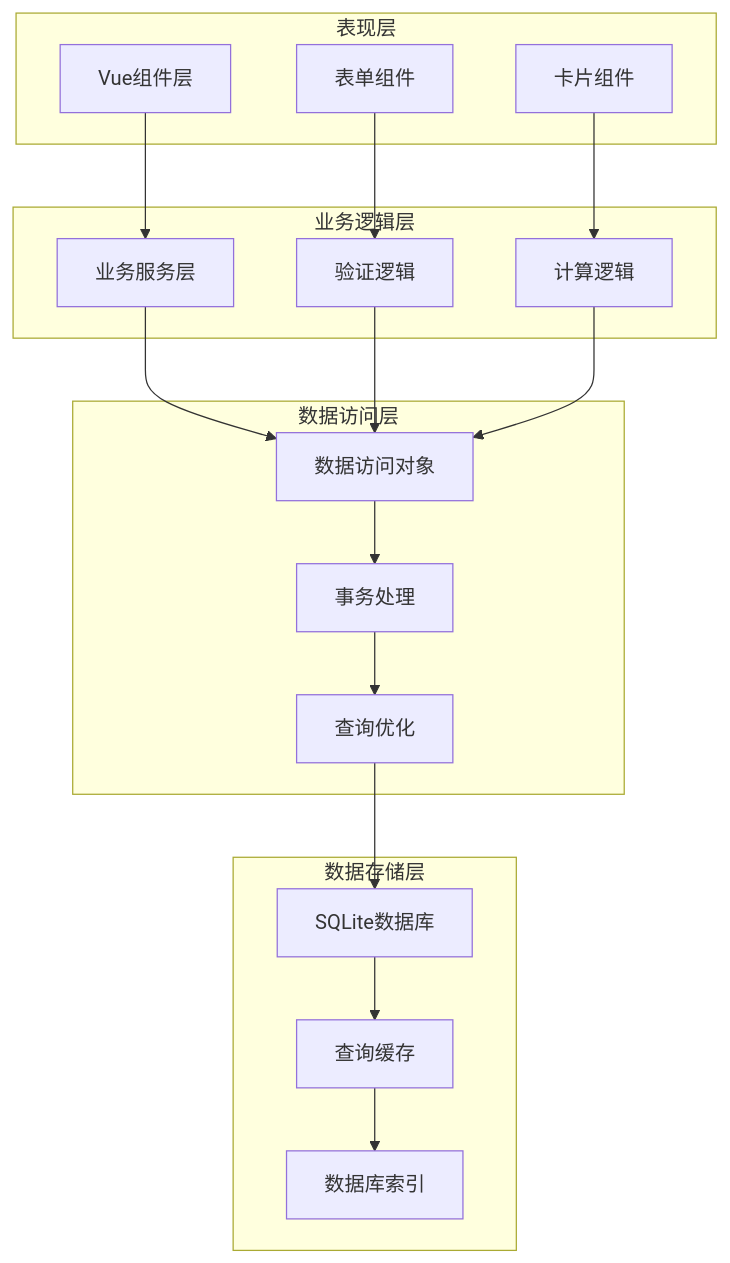
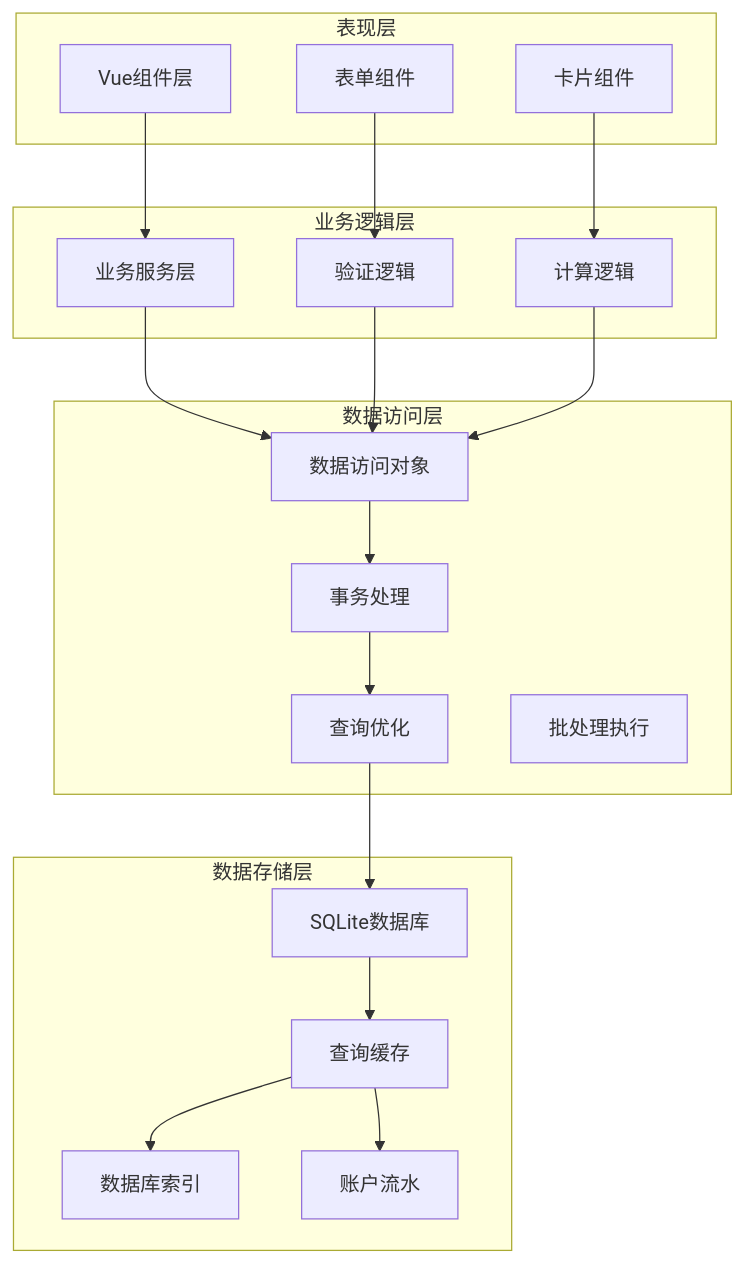
The third of 8 diagrams in .qoder/repowiki/zh/content/资产管理/基金管理.md (xiao-lin-unit/yuan), drawn with Mermaid before and after one commit. The commit also changed other lines of this file and 9 other files, not shown here.

````diff
--- a/.qoder/repowiki/zh/content/资产管理/基金管理.md
+++ b/.qoder/repowiki/zh/content/资产管理/基金管理.md
@@ -166,34 +185,37 @@
 ```mermaid
 graph TD
 subgraph "表现层"
 UI[Vue组件层]
 Forms[表单组件]
 Cards[卡片组件]
 end
 subgraph "业务逻辑层"
 Services[业务服务层]
 Validation[验证逻辑]
 Calculation[计算逻辑]
 end
 subgraph "数据访问层"
 DAO[数据访问对象]
 Transactions[事务处理]
 Queries[查询优化]
+Batch[批处理执行]
 end
 subgraph "数据存储层"
 SQLite[SQLite数据库]
 Cache[查询缓存]
 Indexes[数据库索引]
+AccountFlow[账户流水]
 end
 UI --> Services
 Forms --> Validation
 Cards --> Calculation
 Services --> DAO
 Validation --> DAO
 Calculation --> DAO
 DAO --> Transactions
 Transactions --> Queries
 Queries --> SQLite
 SQLite --> Cache
 Cache --> Indexes
+Cache --> AccountFlow
 ```
````
